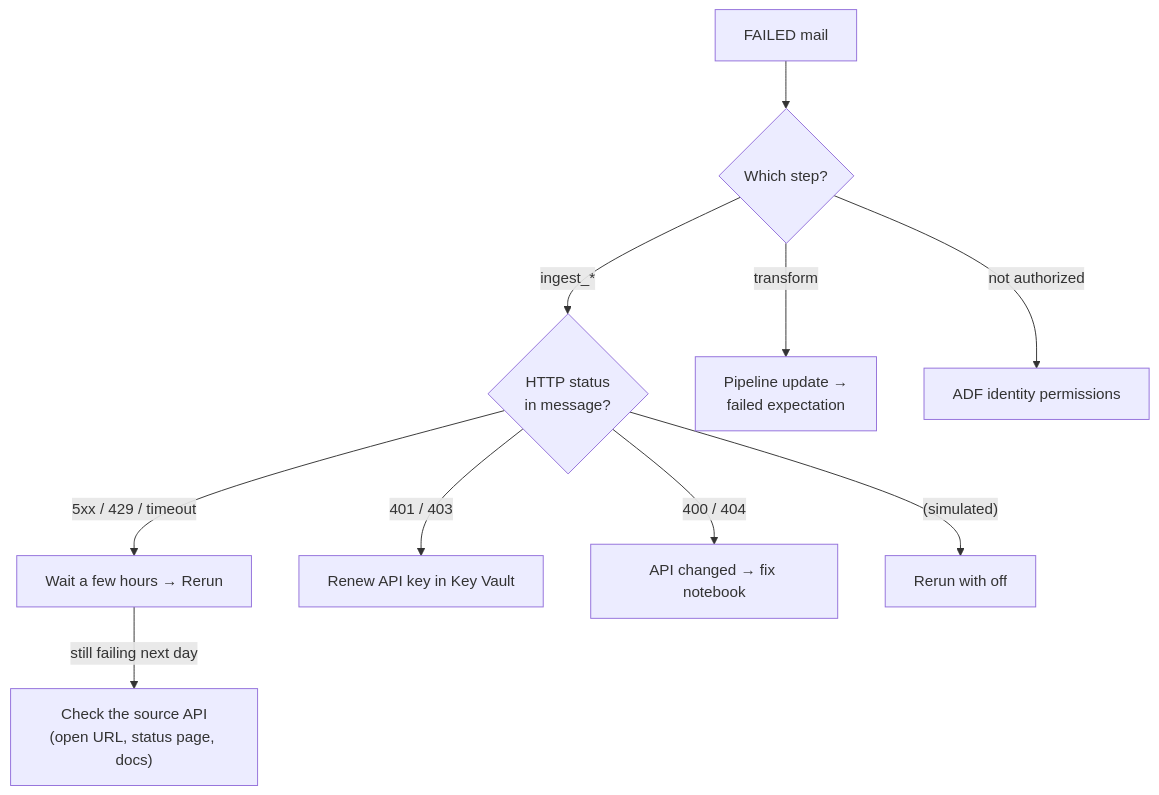
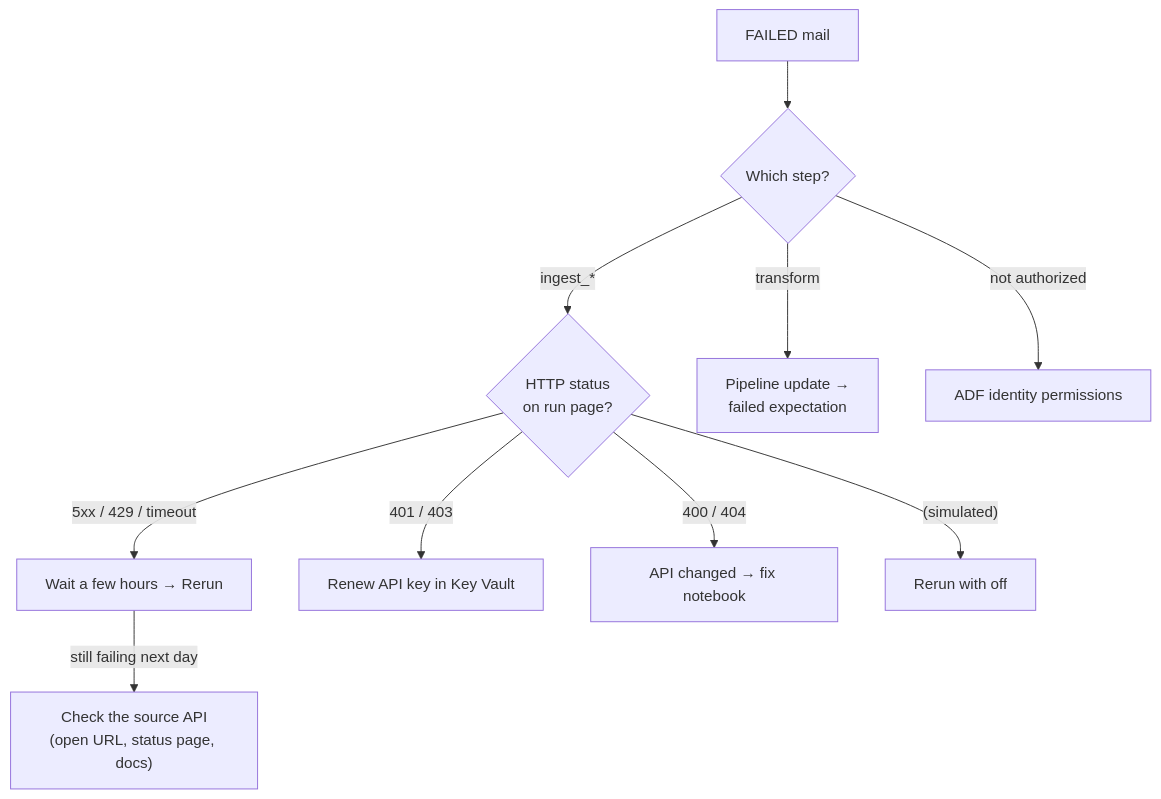
Before and after one commit to DavidFarm/laddstolpar-databricks: the diagram in RUNBOOK.md, drawn with Mermaid. The commit also changed other lines of this file, not shown here.

````diff
--- a/RUNBOOK.md
+++ b/RUNBOOK.md
@@ -28,12 +30,12 @@
 ```mermaid
 flowchart TD
   F["FAILED mail"] --> S{"Which step?"}
-  S -->|"ingest_*"| H{"HTTP status<br/>in message?"}
+  S -->|"ingest_*"| H{"HTTP status<br/>on run page?"}
   H -->|"5xx / 429 / timeout"| W["Wait a few hours → Rerun"]
   W -->|"still failing next day"| A["Check the source API<br/>(open URL, status page, docs)"]
   H -->|"401 / 403"| K["Renew API key in Key Vault"]
   H -->|"400 / 404"| C["API changed → fix notebook"]
   H -->|"(simulated)"| O["Rerun with off"]
   S -->|"transform"| P["Pipeline update →<br/>failed expectation"]
   S -->|"not authorized"| R["ADF identity permissions"]
 ```
````
